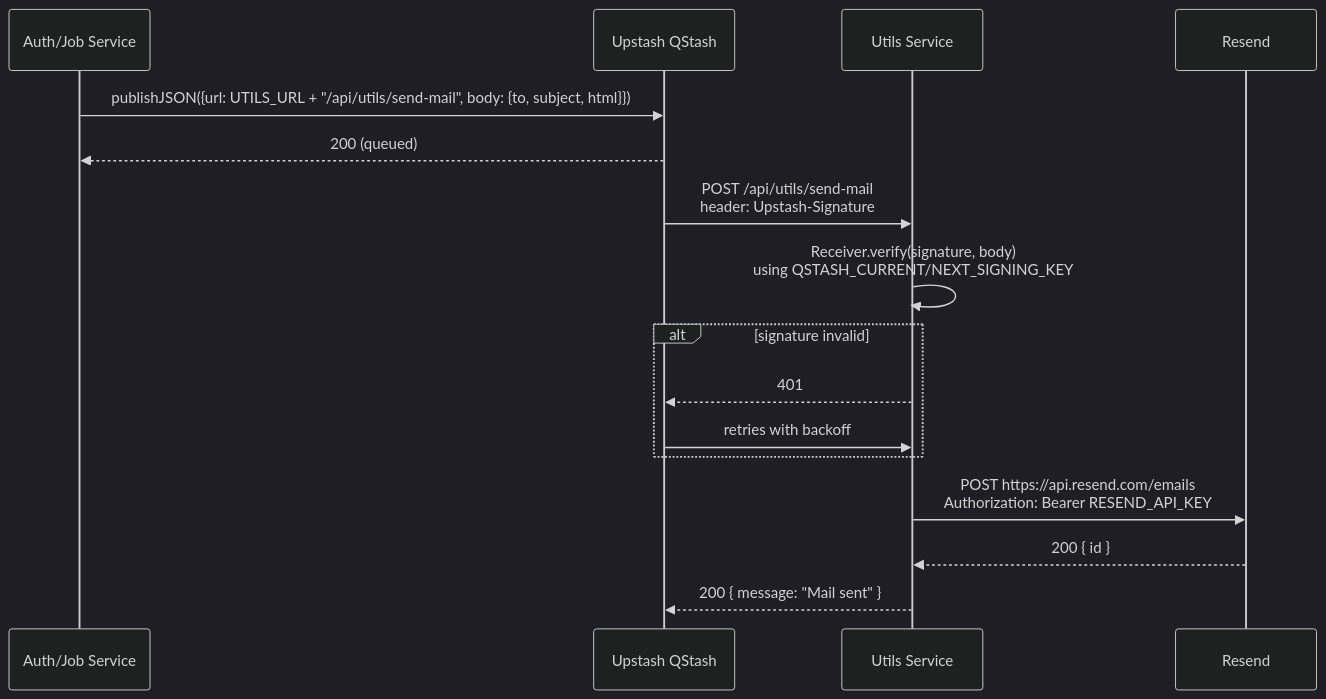
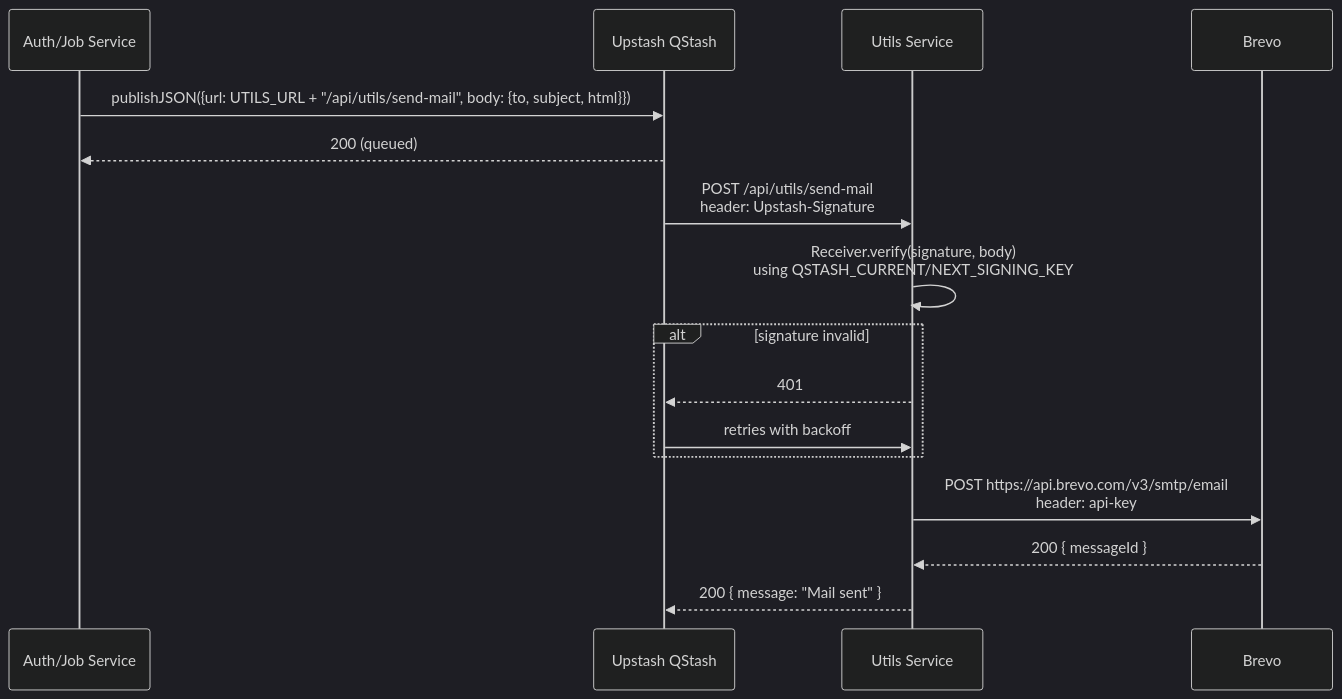
Before and after one commit to sumitDev11/Job-Portal: the fifth of 5 diagrams in README.md, drawn with Mermaid (dark theme). The commit also changed other lines of this file and 1 other file, not shown here.

Commit message:
Fix mobile nav My Profile link pointing to /about instead of /account; refresh README for Brevo/Vercel/UptimeRobot

````diff
--- a/README.md
+++ b/README.md
@@ -458,19 +466,19 @@
 ```mermaid
 sequenceDiagram
     participant Auth as Auth/Job Service
     participant Q as Upstash QStash
     participant Utils as Utils Service
-    participant R as Resend
+    participant B as Brevo
 
     Auth->>Q: publishJSON({url: UTILS_URL + "/api/utils/send-mail", body: {to, subject, html}})
     Q-->>Auth: 200 (queued)
     Q->>Utils: POST /api/utils/send-mail<br/>header: Upstash-Signature
     Utils->>Utils: Receiver.verify(signature, body)<br/>using QSTASH_CURRENT/NEXT_SIGNING_KEY
     alt signature invalid
         Utils-->>Q: 401
         Q->>Utils: retries with backoff
     end
-    Utils->>R: POST https://api.resend.com/emails<br/>Authorization: Bearer RESEND_API_KEY
-    R-->>Utils: 200 { id }
+    Utils->>B: POST https://api.brevo.com/v3/smtp/email<br/>header: api-key
+    B-->>Utils: 200 { messageId }
     Utils-->>Q: 200 { message: "Mail sent" }
 ```
````
